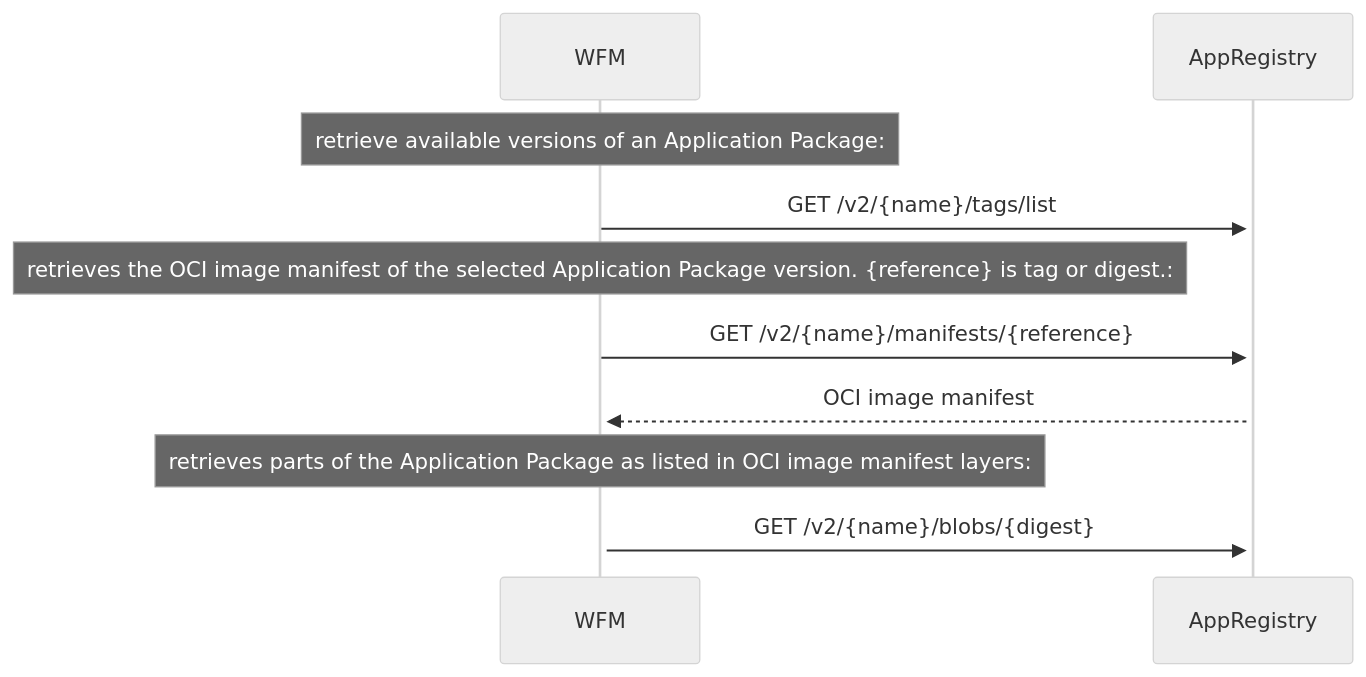
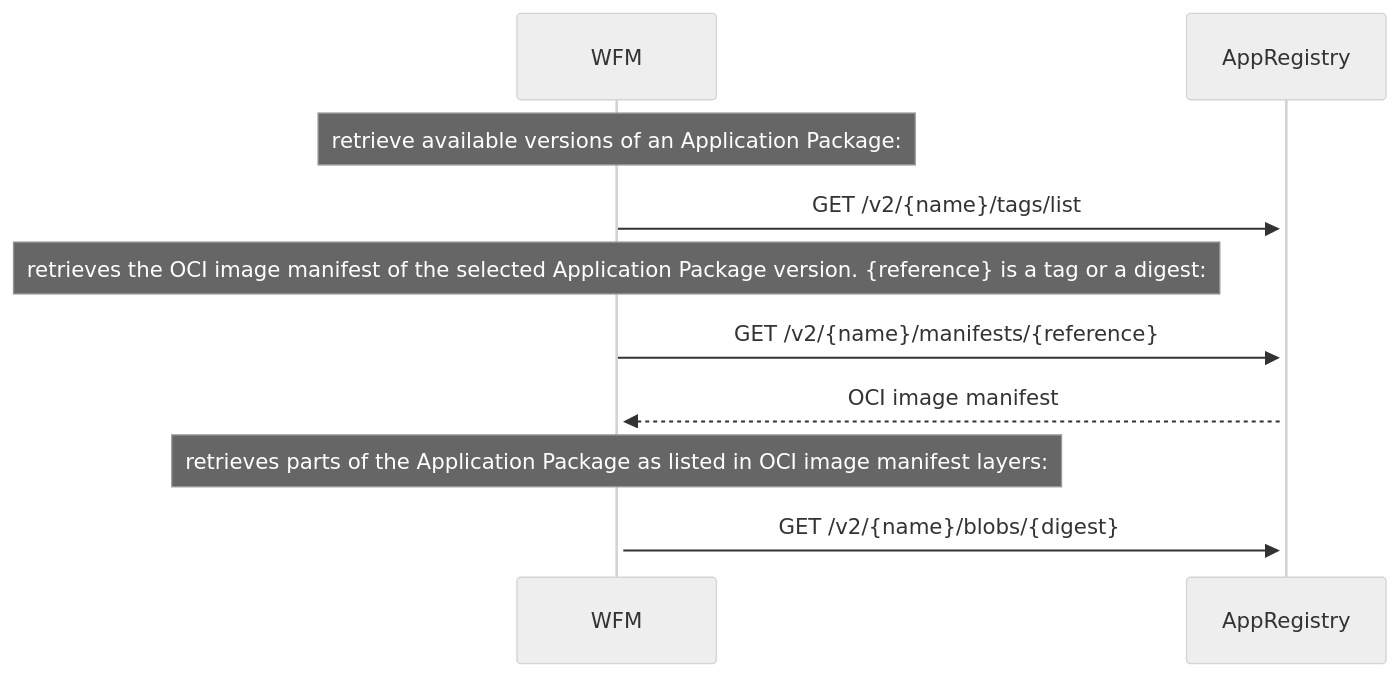
Before and after one commit to Silvanoc/margo-specification: the second of 2 diagrams in system-design/specification/application-package/application-registry.md, drawn with Mermaid (neutral theme). The commit also changed other lines of this file and 1 other file, not shown here.

````diff
--- a/system-design/specification/application-package/application-registry.md
+++ b/system-design/specification/application-package/application-registry.md
@@ -69,13 +69,13 @@
 ```mermaid
 sequenceDiagram
     Note over WFM: retrieve available versions of an Application Package:
     WFM->>+AppRegistry: GET /v2/{name}/tags/list
     
-    Note over WFM: retrieves the OCI image manifest of the selected Application Package version. {reference} is tag or digest.:
+    Note over WFM: retrieves the OCI image manifest of the selected Application Package version. {reference} is a tag or a digest:
     WFM->>+AppRegistry: GET /v2/{name}/manifests/{reference}
     
     AppRegistry-->>+WFM: OCI image manifest
 
     Note over WFM: retrieves parts of the Application Package as listed in OCI image manifest layers:
     WFM->>AppRegistry: GET /v2/{name}/blobs/{digest}
 ```
````
